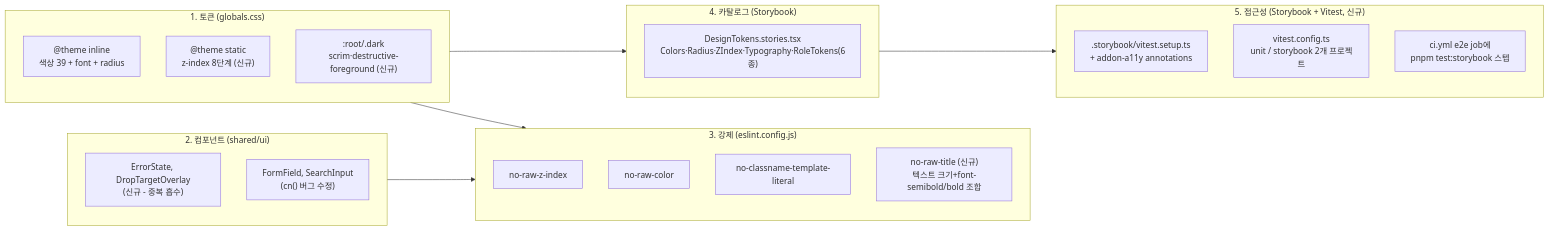
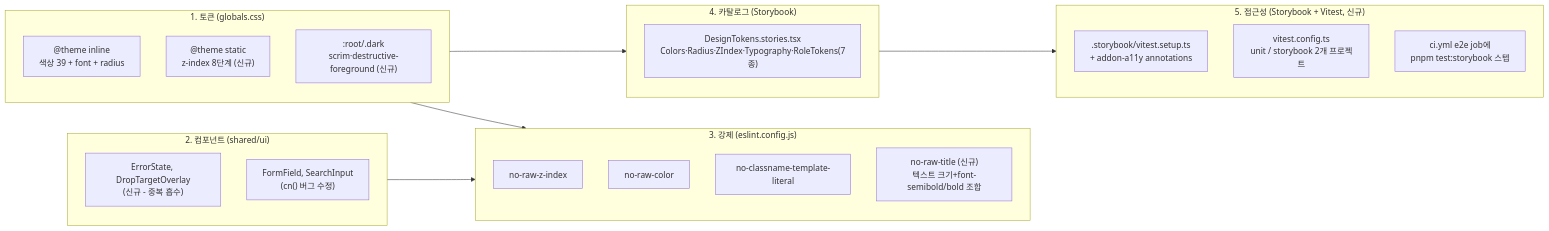
The second of 2 diagrams in docs/DESIGN-SYSTEM.md (BAECHAN/link-sphere_FE_NEW), drawn with Mermaid before and after one commit. The commit also changed other lines of this file and 4 other files, not shown here.

````diff
--- a/docs/DESIGN-SYSTEM.md
+++ b/docs/DESIGN-SYSTEM.md
@@ -86,30 +86,30 @@
 ```mermaid
 flowchart LR
     subgraph tokens ["1. 토큰 (globals.css)"]
         T1["@theme inline<br/>색상 39 + font + radius"]
         T2["@theme static<br/>z-index 8단계 (신규)"]
         T3[":root/.dark<br/>scrim·destructive-foreground (신규)"]
     end
     subgraph components ["2. 컴포넌트 (shared/ui)"]
         C1["ErrorState, DropTargetOverlay<br/>(신규 - 중복 흡수)"]
         C2["FormField, SearchInput<br/>(cn() 버그 수정)"]
     end
     subgraph enforce ["3. 강제 (eslint.config.js)"]
         E1["no-raw-z-index"]
         E2["no-raw-color"]
         E3["no-classname-template-literal"]
         E4["no-raw-title (신규)<br/>텍스트 크기+font-semibold/bold 조합"]
     end
     subgraph catalog ["4. 카탈로그 (Storybook)"]
-        S1["DesignTokens.stories.tsx<br/>Colors·Radius·ZIndex·Typography·RoleTokens(6종)"]
+        S1["DesignTokens.stories.tsx<br/>Colors·Radius·ZIndex·Typography·RoleTokens(7종)"]
     end
     subgraph a11y ["5. 접근성 (Storybook + Vitest, 신규)"]
         AX1[".storybook/vitest.setup.ts<br/>+ addon-a11y annotations"]
         AX2["vitest.config.ts<br/>unit / storybook 2개 프로젝트"]
         AX3["ci.yml e2e job에<br/>pnpm test:storybook 스텝"]
     end
     tokens --> enforce
     components --> enforce
     tokens --> catalog
     catalog --> a11y
 ```
````
